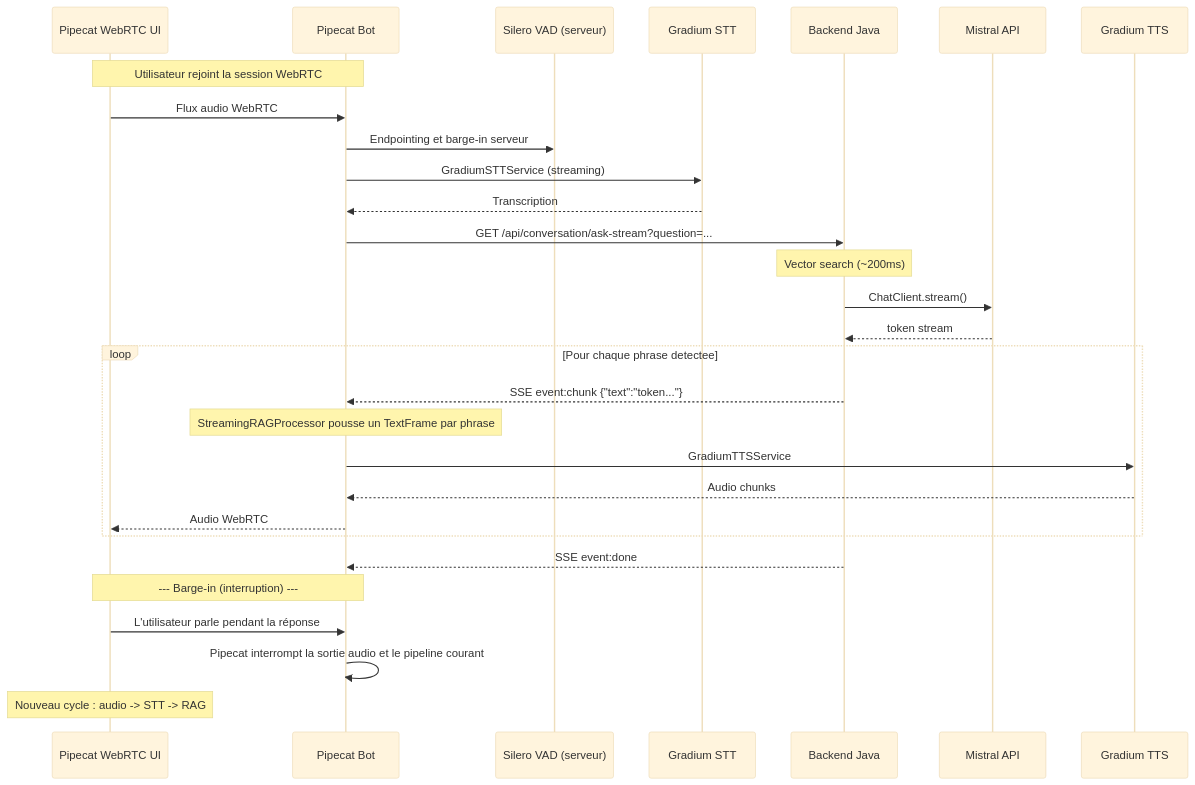
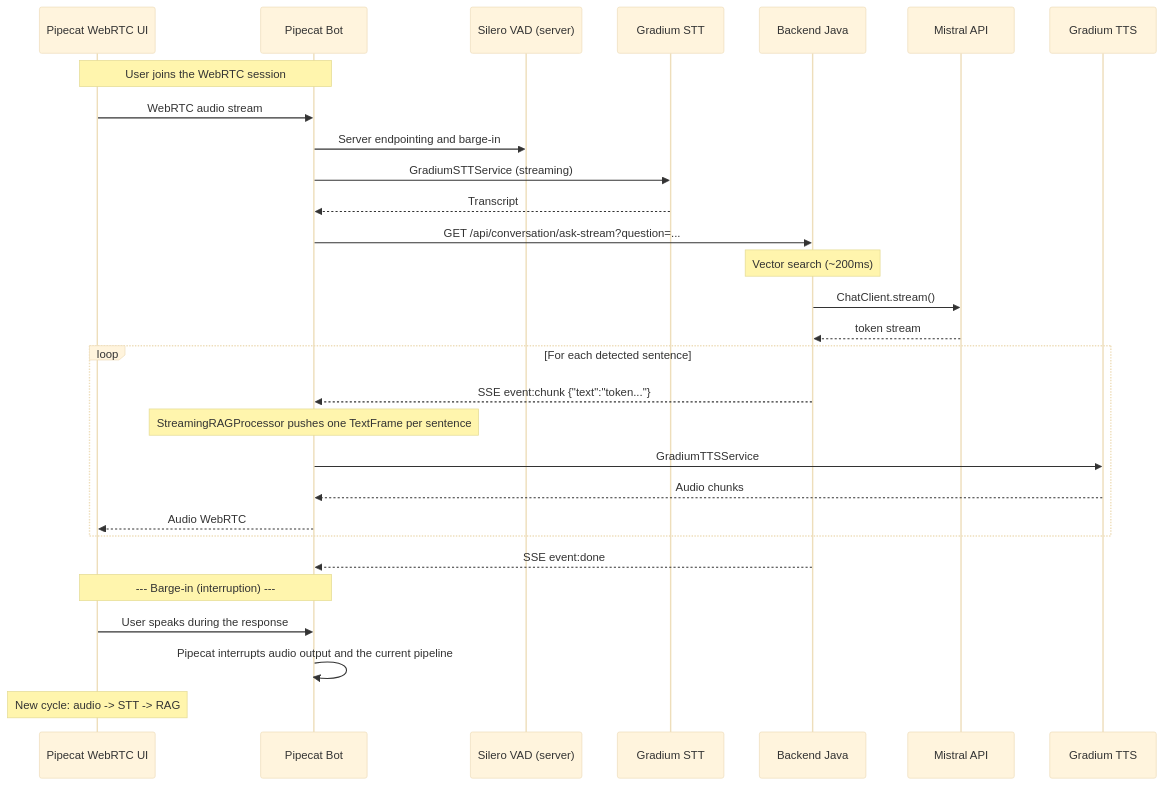
Before and after one commit to tgrimaud/V2V: the second of 3 diagrams in docs/architecture/architecture.md, drawn with Mermaid (base theme). The commit also changed other lines of this file and 14 other files, not shown here.

````diff
--- a/docs/architecture/architecture.md
+++ b/docs/architecture/architecture.md
@@ -252,37 +255,37 @@
 ```mermaid
 sequenceDiagram
     participant FE as Pipecat WebRTC UI
     participant BOT as Pipecat Bot
-    participant VAD as Silero VAD (serveur)
+    participant VAD as Silero VAD (server)
     participant STT as Gradium STT
     participant BE as Backend Java
     participant LLM as Mistral API
     participant TTS as Gradium TTS
 
-    Note over FE,BOT: Utilisateur rejoint la session WebRTC
-    FE->>BOT: Flux audio WebRTC
+    Note over FE,BOT: User joins the WebRTC session
+    FE->>BOT: WebRTC audio stream
 
-    BOT->>VAD: Endpointing et barge-in serveur
+    BOT->>VAD: Server endpointing and barge-in
     BOT->>STT: GradiumSTTService (streaming)
-    STT-->>BOT: Transcription
+    STT-->>BOT: Transcript
 
     BOT->>BE: GET /api/conversation/ask-stream?question=...
     Note over BE: Vector search (~200ms)
     BE->>LLM: ChatClient.stream()
     LLM-->>BE: token stream
 
-    loop Pour chaque phrase detectee
+    loop For each detected sentence
         BE-->>BOT: SSE event:chunk {"text":"token..."}
-        Note over BOT: StreamingRAGProcessor pousse un TextFrame par phrase
+        Note over BOT: StreamingRAGProcessor pushes one TextFrame per sentence
         BOT->>TTS: GradiumTTSService
         TTS-->>BOT: Audio chunks
         BOT-->>FE: Audio WebRTC
     end
 
     BE-->>BOT: SSE event:done
 
     Note over FE,BOT: --- Barge-in (interruption) ---
-    FE->>BOT: L'utilisateur parle pendant la réponse
-    BOT->>BOT: Pipecat interrompt la sortie audio et le pipeline courant
-    Note over FE: Nouveau cycle : audio -> STT -> RAG
+    FE->>BOT: User speaks during the response
+    BOT->>BOT: Pipecat interrupts audio output and the current pipeline
+    Note over FE: New cycle: audio -> STT -> RAG
 ```
````
